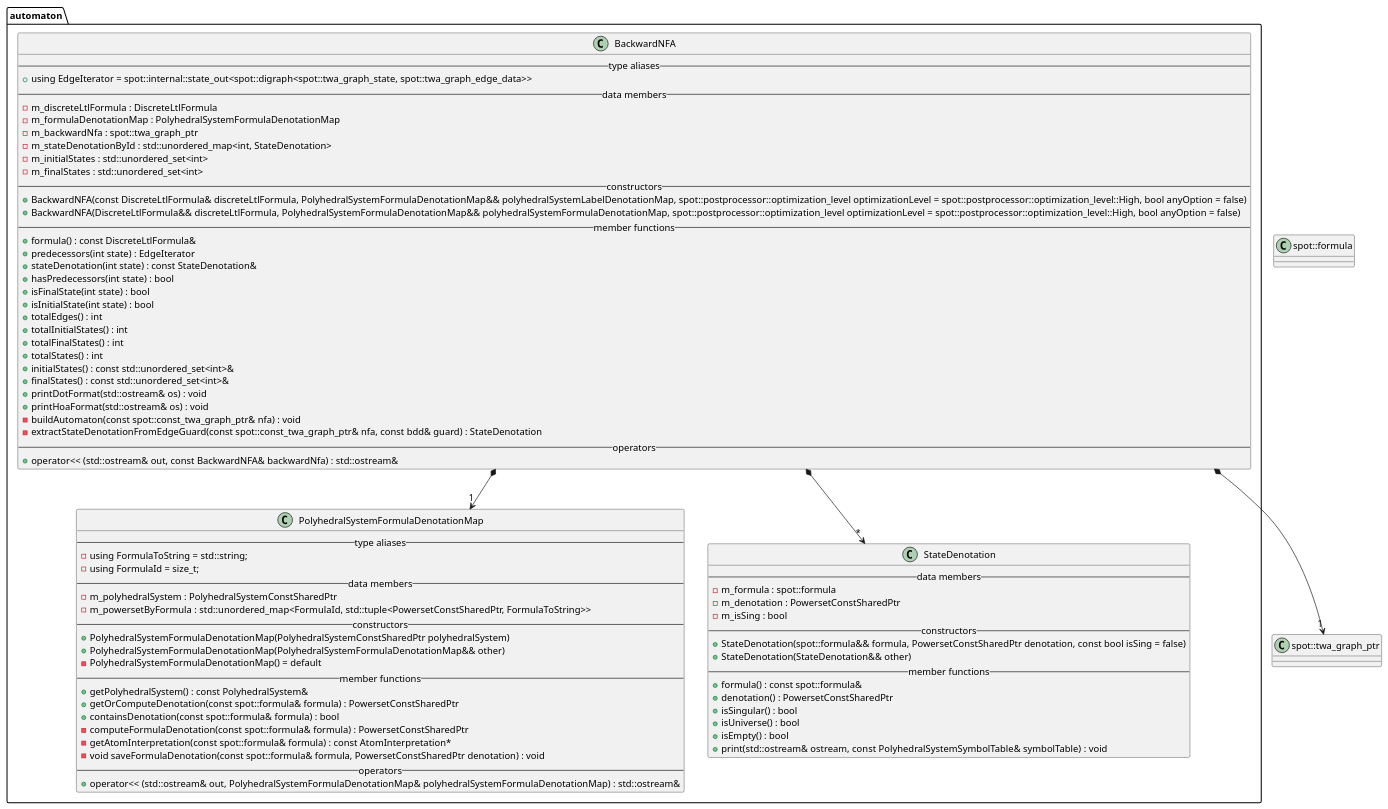
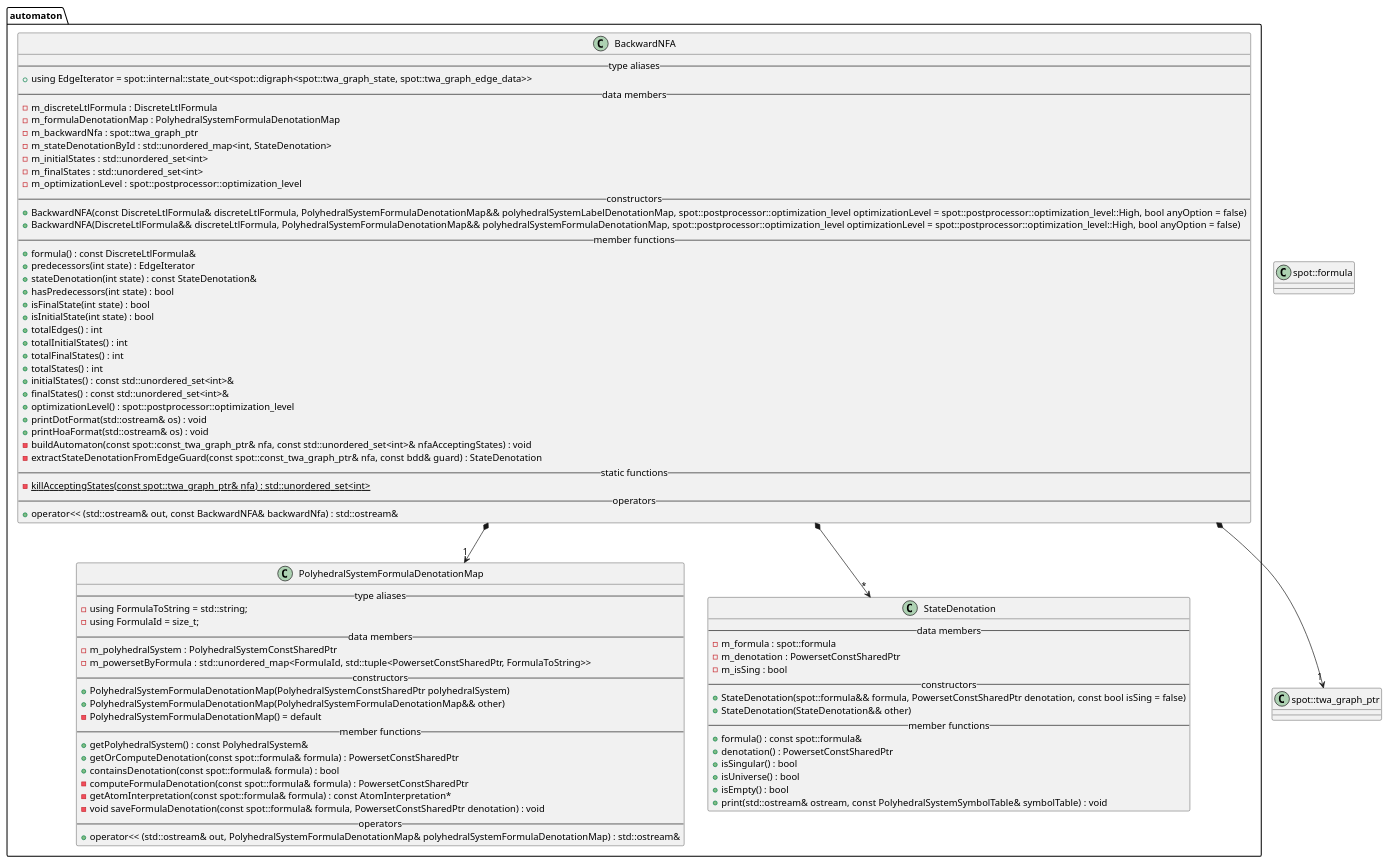
Before and after one commit to vtramo/rtl-mc: the diagram in docs/plantuml/automaton.puml, drawn with PlantUML. The commit also changed 2 other files, not shown here.

First paragraph of the commit message:
perf: refine the construction of the BackwardNFA
1. Removed outgoing edges from all accepting states in the initial NFA.

```diff
--- a/docs/plantuml/automaton.puml
+++ b/docs/plantuml/automaton.puml
@@ -1,85 +1,89 @@
 @startuml
 
 /' Objects '/
 package automaton {
     class BackwardNFA {
         --type aliases--
         +using EdgeIterator = spot::internal::state_out<spot::digraph<spot::twa_graph_state, spot::twa_graph_edge_data>>
         --data members--
         -m_discreteLtlFormula : DiscreteLtlFormula
         -m_formulaDenotationMap : PolyhedralSystemFormulaDenotationMap
         -m_backwardNfa : spot::twa_graph_ptr
         -m_stateDenotationById : std::unordered_map<int, StateDenotation>
         -m_initialStates : std::unordered_set<int>
         -m_finalStates : std::unordered_set<int>
+        -m_optimizationLevel : spot::postprocessor::optimization_level
         --constructors--
         +BackwardNFA(const DiscreteLtlFormula& discreteLtlFormula, PolyhedralSystemFormulaDenotationMap&& polyhedralSystemLabelDenotationMap, spot::postprocessor::optimization_level optimizationLevel = spot::postprocessor::optimization_level::High, bool anyOption = false)
         +BackwardNFA(DiscreteLtlFormula&& discreteLtlFormula, PolyhedralSystemFormulaDenotationMap&& polyhedralSystemFormulaDenotationMap, spot::postprocessor::optimization_level optimizationLevel = spot::postprocessor::optimization_level::High, bool anyOption = false)
         --member functions--
         +formula() : const DiscreteLtlFormula&
         +predecessors(int state) : EdgeIterator
         +stateDenotation(int state) : const StateDenotation&
         +hasPredecessors(int state) : bool
         +isFinalState(int state) : bool
         +isInitialState(int state) : bool
         +totalEdges() : int
         +totalInitialStates() : int
         +totalFinalStates() : int
         +totalStates() : int
         +initialStates() : const std::unordered_set<int>&
         +finalStates() : const std::unordered_set<int>&
+        +optimizationLevel() : spot::postprocessor::optimization_level
         +printDotFormat(std::ostream& os) : void
         +printHoaFormat(std::ostream& os) : void
-        -buildAutomaton(const spot::const_twa_graph_ptr& nfa) : void
+        -buildAutomaton(const spot::const_twa_graph_ptr& nfa, const std::unordered_set<int>& nfaAcceptingStates) : void
         -extractStateDenotationFromEdgeGuard(const spot::const_twa_graph_ptr& nfa, const bdd& guard) : StateDenotation
+        --static functions--
+        - {static} killAcceptingStates(const spot::twa_graph_ptr& nfa) : std::unordered_set<int>
         --operators--
         +operator<< (std::ostream& out, const BackwardNFA& backwardNfa) : std::ostream&
     }
 
     class PolyhedralSystemFormulaDenotationMap {
         --type aliases--
         -using FormulaToString = std::string;
         -using FormulaId = size_t;
         --data members--
         -m_polyhedralSystem : PolyhedralSystemConstSharedPtr
         -m_powersetByFormula : std::unordered_map<FormulaId, std::tuple<PowersetConstSharedPtr, FormulaToString>>
         --constructors--
         +PolyhedralSystemFormulaDenotationMap(PolyhedralSystemConstSharedPtr polyhedralSystem)
         +PolyhedralSystemFormulaDenotationMap(PolyhedralSystemFormulaDenotationMap&& other)
         -PolyhedralSystemFormulaDenotationMap() = default
         --member functions--
         +getPolyhedralSystem() : const PolyhedralSystem&
         +getOrComputeDenotation(const spot::formula& formula) : PowersetConstSharedPtr
         +containsDenotation(const spot::formula& formula) : bool
         -computeFormulaDenotation(const spot::formula& formula) : PowersetConstSharedPtr
         -getAtomInterpretation(const spot::formula& formula) : const AtomInterpretation*
         -void saveFormulaDenotation(const spot::formula& formula, PowersetConstSharedPtr denotation) : void
         --operators--
         +operator<< (std::ostream& out, PolyhedralSystemFormulaDenotationMap& polyhedralSystemFormulaDenotationMap) : std::ostream&
     }
 
     class StateDenotation {
         --data members--
         -m_formula : spot::formula
         -m_denotation : PowersetConstSharedPtr
         -m_isSing : bool
         --constructors--
         +StateDenotation(spot::formula&& formula, PowersetConstSharedPtr denotation, const bool isSing = false)
         +StateDenotation(StateDenotation&& other)
         --member functions--
         +formula() : const spot::formula&
         +denotation() : PowersetConstSharedPtr
         +isSingular() : bool
         +isUniverse() : bool
         +isEmpty() : bool
         +print(std::ostream& ostream, const PolyhedralSystemSymbolTable& symbolTable) : void
     }
 }
 
 class spot::twa_graph_ptr {}
 class spot::formula {}
 
 BackwardNFA *--> "1" spot::twa_graph_ptr
 BackwardNFA *--> "1" PolyhedralSystemFormulaDenotationMap
 BackwardNFA *--> "*" StateDenotation
 @enduml
```
